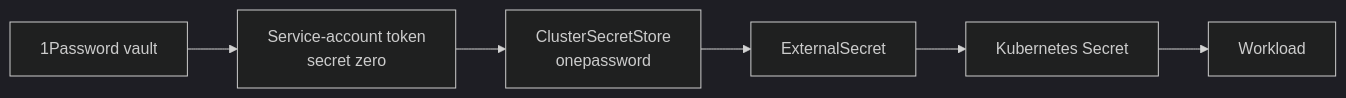
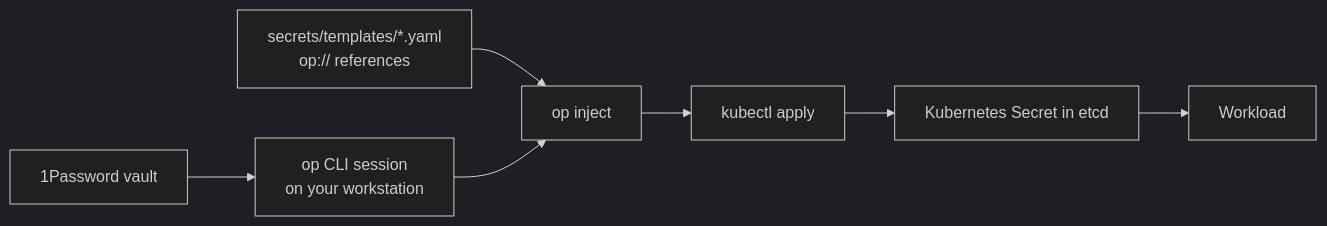
Before and after one commit to brandonmartinez/raspberry-pi-kubernetes-cluster: the diagram in docs/secrets.md, drawn with Mermaid (dark theme). The commit also changed other lines of this file and 76 other files, not shown here.

````diff
--- a/docs/secrets.md
+++ b/docs/secrets.md
@@ -7,8 +24,9 @@
 ```mermaid
 flowchart LR
-  op[1Password vault] --> token[Service-account token\nsecret zero]
-  token --> css[ClusterSecretStore\nonepassword]
-  css --> es[ExternalSecret]
-  es --> ks[Kubernetes Secret]
+  op[1Password vault] --> cli[op CLI session\non your workstation]
+  tpl[secrets/templates/*.yaml\nop:// references] --> inject
+  cli --> inject[op inject]
+  inject --> kubectl[kubectl apply]
+  kubectl --> ks[Kubernetes Secret in etcd]
   ks --> pod[Workload]
 ```
````
